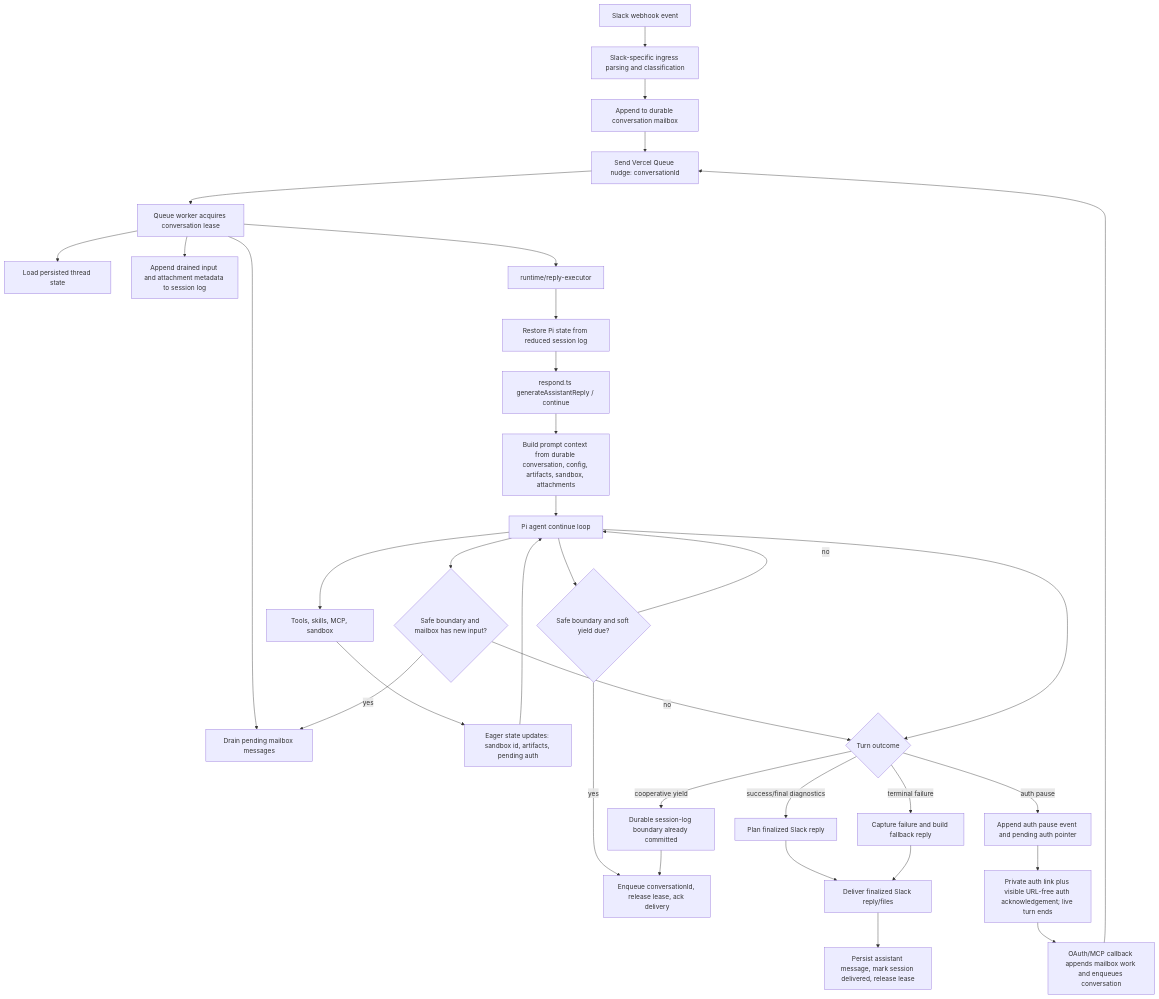
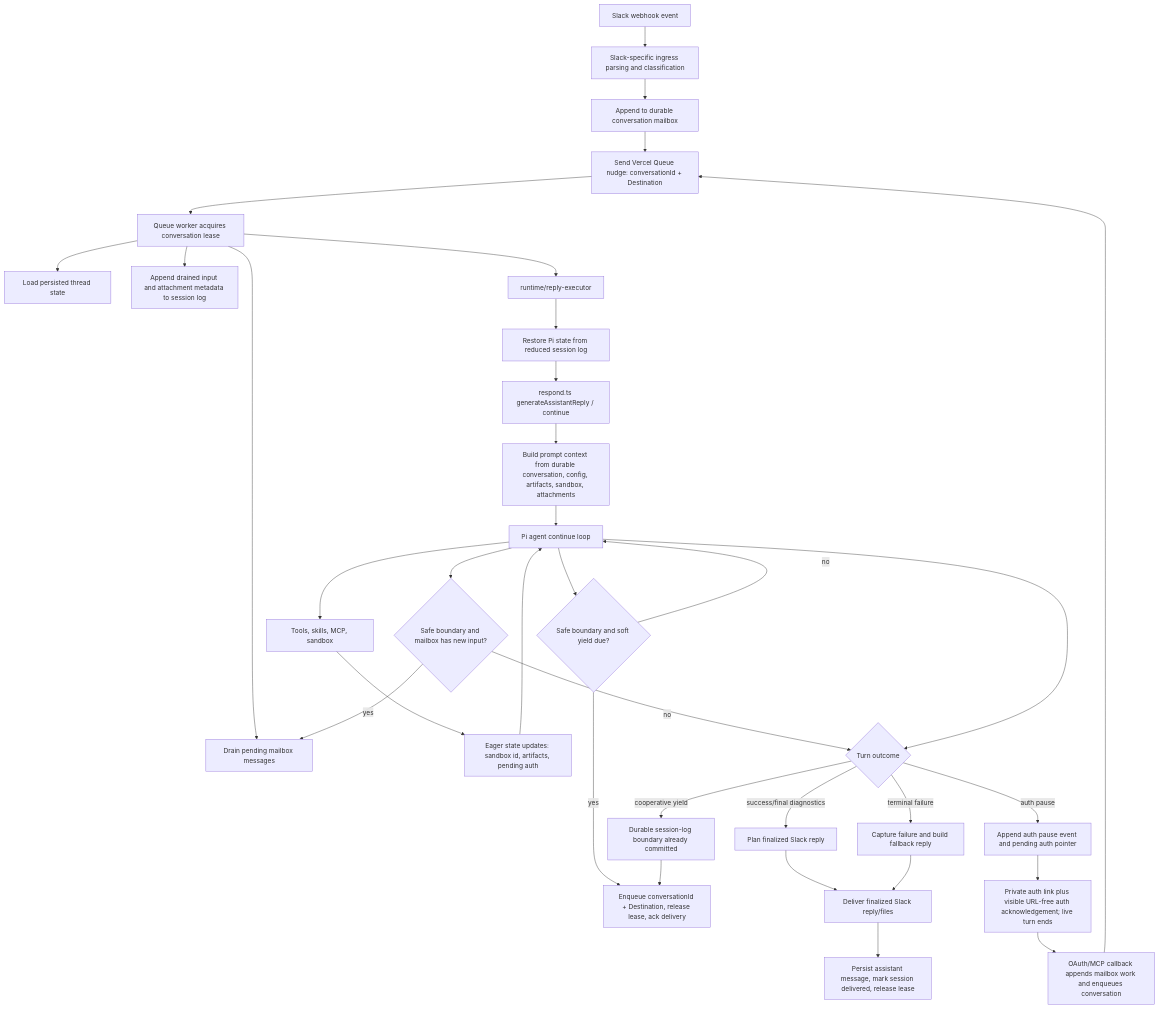
Before and after one commit to getsentry/junior: the diagram in specs/chat-architecture.md, drawn with Mermaid. The commit also changed other lines of this file and 7 other files, not shown here.

````diff
--- a/specs/chat-architecture.md
+++ b/specs/chat-architecture.md
@@ -38,36 +38,36 @@
 ```mermaid
 flowchart TD
   A[Slack webhook event] --> B[Slack-specific ingress parsing and classification]
   B --> C[Append to durable conversation mailbox]
-  C --> D[Send Vercel Queue nudge: conversationId]
+  C --> D[Send Vercel Queue nudge: conversationId + Destination]
   D --> E[Queue worker acquires conversation lease]
   E --> E1[Load persisted thread state]
   E --> E2[Drain pending mailbox messages]
   E --> E3[Append drained input and attachment metadata to session log]
   E --> F[runtime/reply-executor]
   F --> G[Restore Pi state from reduced session log]
   G --> J[respond.ts generateAssistantReply / continue]
   J --> K[Build prompt context from durable conversation, config, artifacts, sandbox, attachments]
   K --> L[Pi agent continue loop]
   L --> M[Tools, skills, MCP, sandbox]
   M --> N[Eager state updates: sandbox id, artifacts, pending auth]
   N --> L
   L --> Y{Safe boundary and soft yield due?}
-  Y -->|yes| YA[Enqueue conversationId, release lease, ack delivery]
+  Y -->|yes| YA[Enqueue conversationId + Destination, release lease, ack delivery]
   Y -->|no| L
   L --> Z{Safe boundary and mailbox has new input?}
   Z -->|yes| E2
   Z -->|no| O
   L --> O{Turn outcome}
   O -->|success/final diagnostics| P[Plan finalized Slack reply]
   O -->|auth pause| Q[Append auth pause event and pending auth pointer]
   O -->|cooperative yield| R[Durable session-log boundary already committed]
   O -->|terminal failure| S[Capture failure and build fallback reply]
   R --> YA
   Q --> V[Private auth link plus visible URL-free auth acknowledgement; live turn ends]
   V --> AB[OAuth/MCP callback appends mailbox work and enqueues conversation]
   P --> W[Deliver finalized Slack reply/files]
   S --> W
   W --> X[Persist assistant message, mark session delivered, release lease]
   AB --> D
 ```
````
